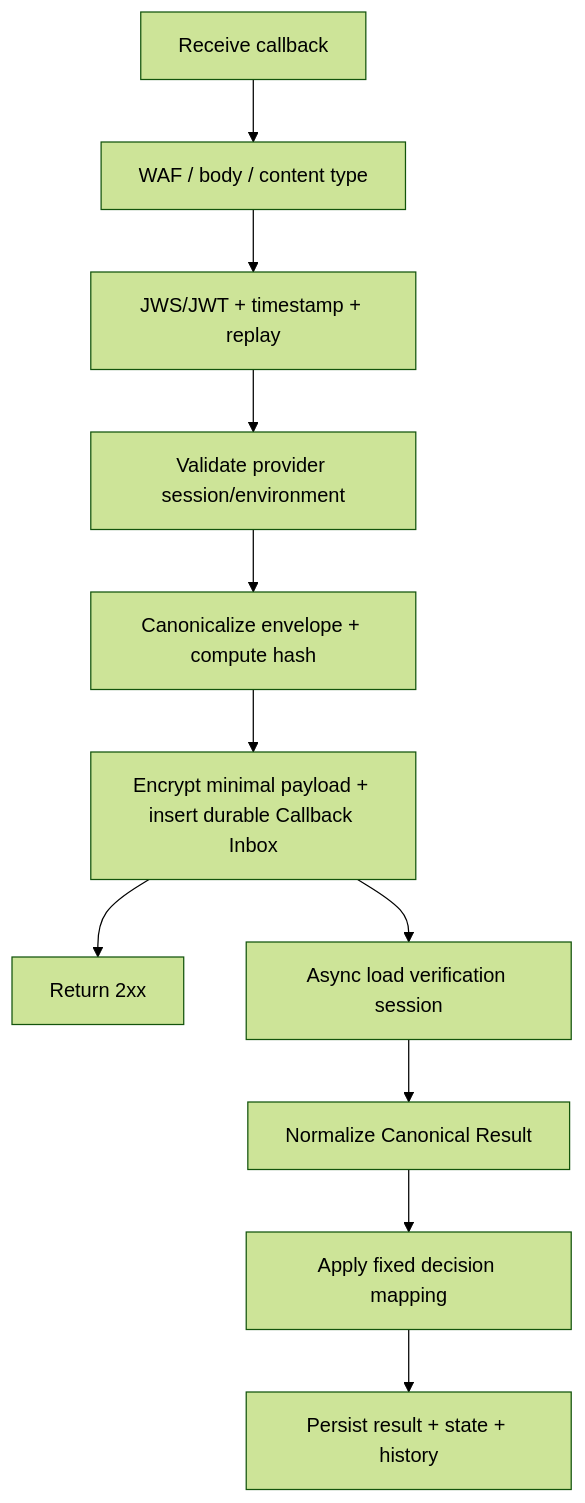
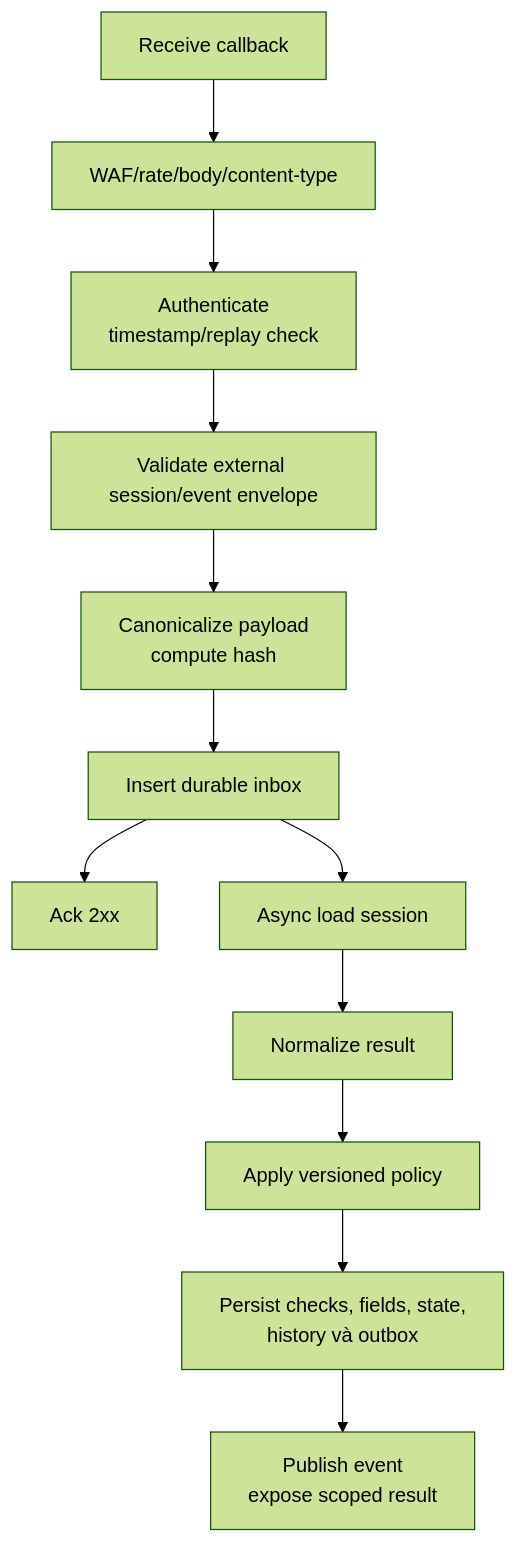
One commit to huynv-xyz/vhm changed the tenth of 22 diagrams in tdd2.md. Above: the diagram before and after it, drawn with Mermaid (forest theme). The commit also changed other lines of this file, not shown here.

````diff
--- a/tdd2.md
+++ b/tdd2.md
@@ -637,13 +1271,14 @@
 ```mermaid
 flowchart TD
-    RECEIVE["Receive callback"] --> WAF["WAF / body / content type"]
-    WAF --> AUTH["JWS/JWT + timestamp + replay"]
-    AUTH --> BIND["Validate provider session/environment"]
-    BIND --> HASH["Canonicalize envelope + compute hash"]
-    HASH --> INBOX["Encrypt minimal payload + insert durable Callback Inbox"]
-    INBOX --> ACK["Return 2xx"]
-    INBOX --> LOAD["Async load verification session"]
-    LOAD --> NORMALIZE["Normalize Canonical Result"]
-    NORMALIZE --> DECIDE["Apply fixed decision mapping"]
-    DECIDE --> PERSIST["Persist result + state + history"]
+    RECEIVE["Receive callback"] --> WAF["WAF/rate/body/content-type"]
+    WAF --> AUTH["Authenticate<br/>timestamp/replay check"]
+    AUTH --> VALIDATE["Validate external session/event envelope"]
+    VALIDATE --> HASH["Canonicalize payload<br/>compute hash"]
+    HASH --> INBOX["Insert durable inbox"]
+    INBOX --> ACK["Ack 2xx"]
+    INBOX --> LOAD["Async load session"]
+    LOAD --> NORMALIZE["Normalize result"]
+    NORMALIZE --> POLICY["Apply versioned policy"]
+    POLICY --> PERSIST["Persist checks, fields, state,<br/>history và outbox"]
+    PERSIST --> PUBLISH["Publish event<br/>expose scoped result"]
 ```
````
